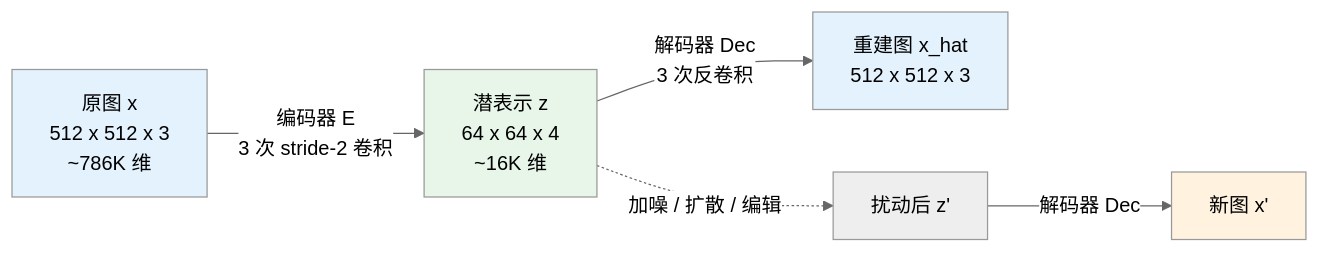
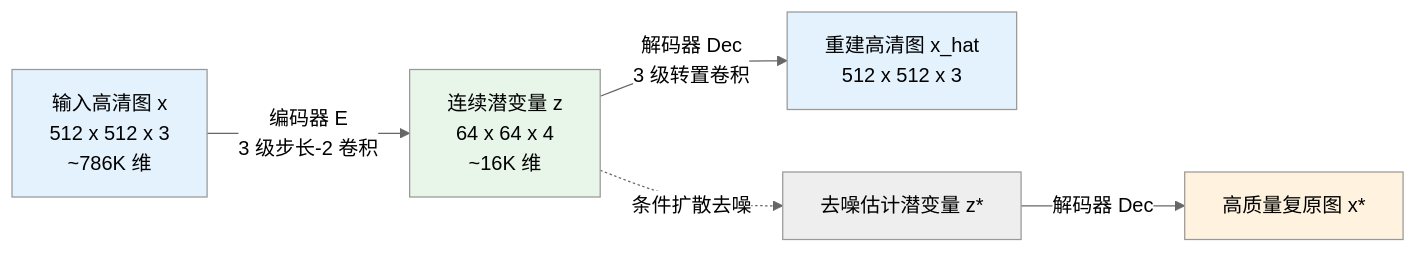
The second of 4 diagrams in chapters/02-representation.md (yingwang/image-enhancement-guide), drawn with Mermaid (neutral theme) before and after one commit. The commit also changed other lines of this file and 18 other files, not shown here.

````diff
--- a/chapters/02-representation.md
+++ b/chapters/02-representation.md
@@ -255,12 +223,12 @@
 ```mermaid
 graph LR
-    X[原图 x<br/>512 x 512 x 3<br/>~786K 维] -->|编码器 E<br/>3 次 stride-2 卷积| Z[潜表示 z<br/>64 x 64 x 4<br/>~16K 维]
-    Z -->|解码器 Dec<br/>3 次反卷积| Xhat[重建图 x_hat<br/>512 x 512 x 3]
-    Z -.->|加噪 / 扩散 / 编辑| ZPrime[扰动后 z']
-    ZPrime -->|解码器 Dec| Xprime[新图 x']
+    X["输入高清图 x<br/>512 x 512 x 3<br/>~786K 维"] -->|编码器 E<br/>3 级步长-2 卷积| Z["连续潜变量 z<br/>64 x 64 x 4<br/>~16K 维"]
+    Z -->|解码器 Dec<br/>3 级转置卷积| Xhat["重建高清图 x_hat<br/>512 x 512 x 3"]
+    Z -.->|条件扩散去噪| ZPrime["去噪估计潜变量 z*"]
+    ZPrime -->|解码器 Dec| Xprime["高质量复原图 x*"]
 
     style X fill:#e3f2fd
     style Z fill:#e8f5e9
     style Xhat fill:#e3f2fd
     style Xprime fill:#fff3e0
 ```
````
